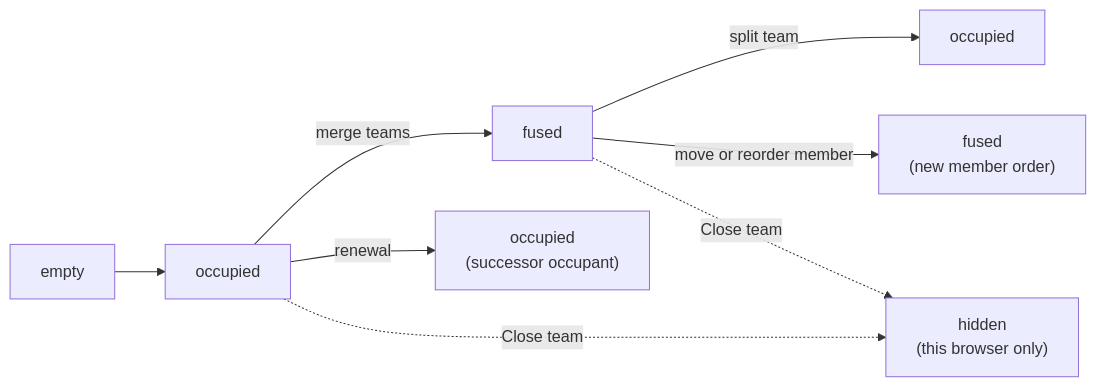
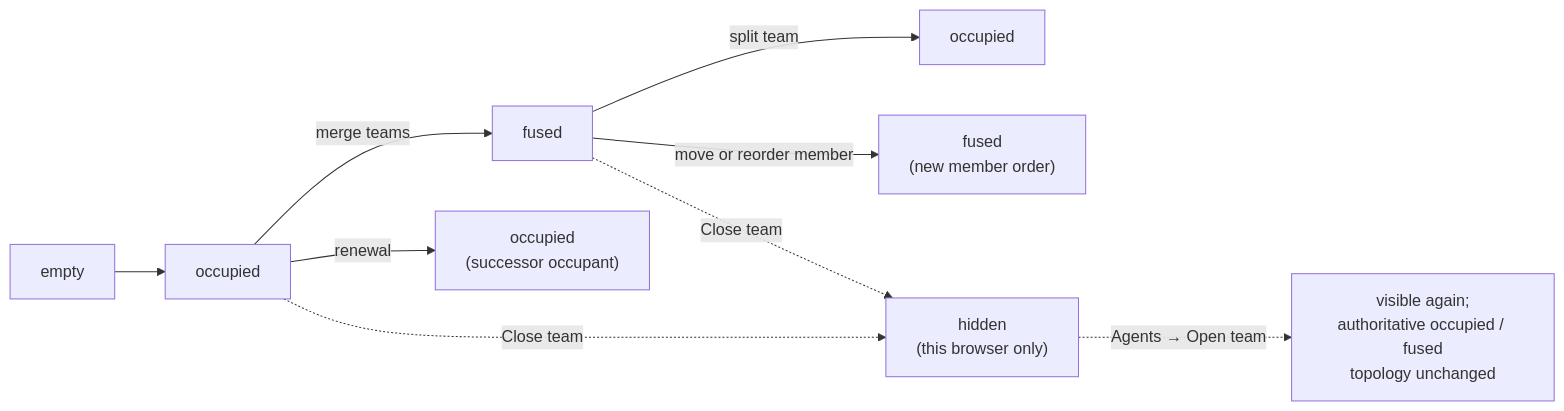
Diagram 14 of 19 in docs/product/model/states.md (infimalabs/spice-rust), drawn with Mermaid before and after one commit. The commit also changed other lines of this file and 120 other files, not shown here.

````diff
--- a/docs/product/model/states.md
+++ b/docs/product/model/states.md
@@ -318,10 +323,11 @@
 ```mermaid
 flowchart LR
   E["empty"] --> O["occupied"]
   O -->|"merge teams"| F["fused"]
   O -->|"renewal"| OR["occupied<br/>(successor occupant)"]
   F -->|"split team"| OS["occupied"]
   F -->|"move or reorder member"| FR["fused<br/>(new member order)"]
   O -.->|"Close team"| H["hidden<br/>(this browser only)"]
   F -.->|"Close team"| H
+  H -.->|"Agents → Open team"| V["visible again;<br/>authoritative occupied / fused<br/>topology unchanged"]
 ```
````
